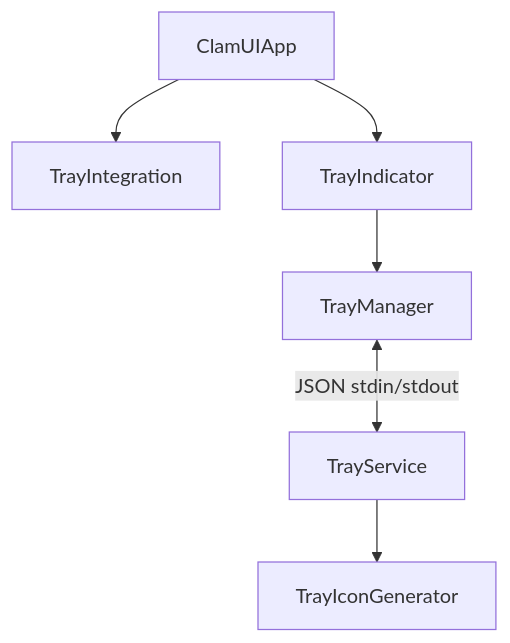
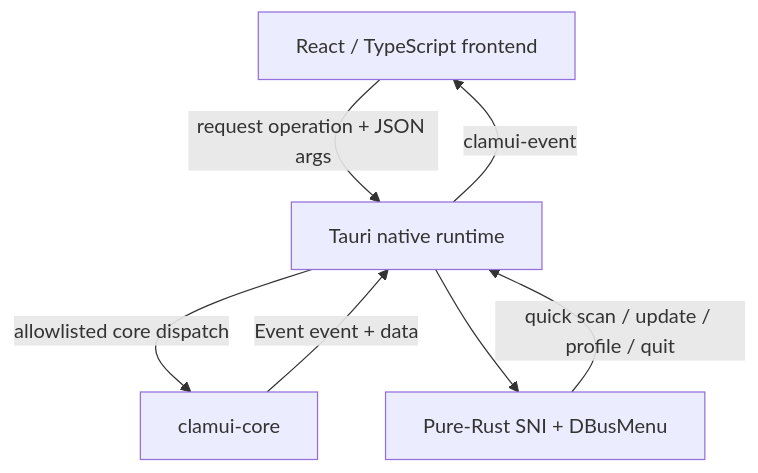
One commit to linx-systems/clamui changed the diagram in website/src/content/docs/docs/contributing/architecture.md. Above: the diagram before and after it, drawn with Mermaid. The commit also changed other lines of this file and 449 other files, not shown here.

First line of the commit message:
Migrate ClamUI to Rust and Tauri

````diff
--- a/website/src/content/docs/docs/contributing/architecture.md
+++ b/website/src/content/docs/docs/contributing/architecture.md
@@ -8,10 +10,11 @@
 ```mermaid
 flowchart TB
-  accTitle: ClamUI tray subprocess architecture
-  accDescr: ClamUIApp connects to TrayIntegration and TrayIndicator. TrayIndicator delegates to TrayManager, which exchanges JSON over standard input and output with the GTK-independent TrayService. TrayService uses TrayIconGenerator.
-  App[ClamUIApp] --> Integration[TrayIntegration]
-  App --> Indicator[TrayIndicator]
-  Indicator --> Manager[TrayManager]
-  Manager <-->|JSON stdin/stdout| Service[TrayService]
-  Service --> Icons[TrayIconGenerator]
+  accTitle: ClamUI Rust/Tauri architecture
+  accDescr: A React frontend makes allowlisted requests to the Tauri native runtime, which calls the headless Rust core. Core events return over one event stream. The native runtime also owns in-process SNI and DBusMenu tray integration.
+  UI[React / TypeScript frontend] -->|request operation + JSON args| Runtime[Tauri native runtime]
+  Runtime -->|allowlisted core dispatch| Core[clamui-core]
+  Core -->|Event event + data| Runtime
+  Runtime -->|clamui-event| UI
+  Runtime --> Tray[Pure-Rust SNI + DBusMenu]
+  Tray -->|quick scan / update / profile / quit| Runtime
 ```
````
